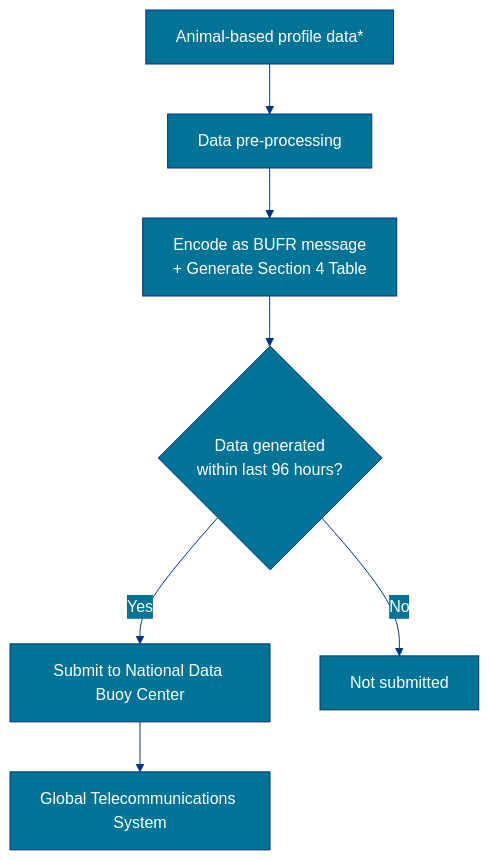
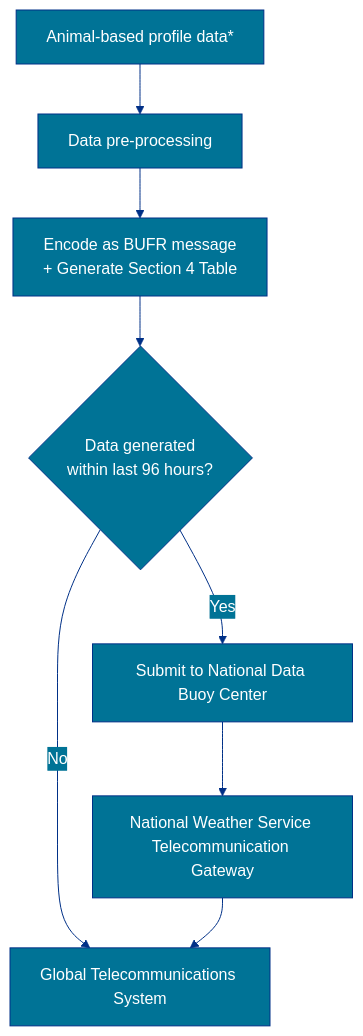
Before and after one commit to ioos/ioos-atn-data: the diagram in _docs/ndbc-gts.md, drawn with Mermaid. The commit also changed other lines of this file, not shown here.

````diff
--- a/_docs/ndbc-gts.md
+++ b/_docs/ndbc-gts.md
@@ -22,24 +22,25 @@
 ```mermaid
 
 %%{
   init: {
     'theme': 'base',
     'themeVariables': {
       'primaryColor': '#007396',
       'primaryTextColor': '#fff',
       'primaryBorderColor': '#003087',
       'lineColor': '#003087',
       'secondaryColor': '#007396',
       'tertiaryColor': '#CCD1D1'
     }
   }
 }%%
 
 flowchart TD
     A[Animal-based profile data*] --> B[Data pre-processing]
     B --> C[Encode as BUFR message<br/>+ Generate Section 4 Table]
     C --> D{Data generated<br/>within last 96 hours?}
     D -->|Yes| E[Submit to National Data Buoy Center]
     D -->|No| F[Not submitted]
-    E --> G[Global Telecommunications System]
+    E --> G[National Weather Service Telecommunication Gateway]
+    G --> F[Global Telecommunications System]
 ```
````
